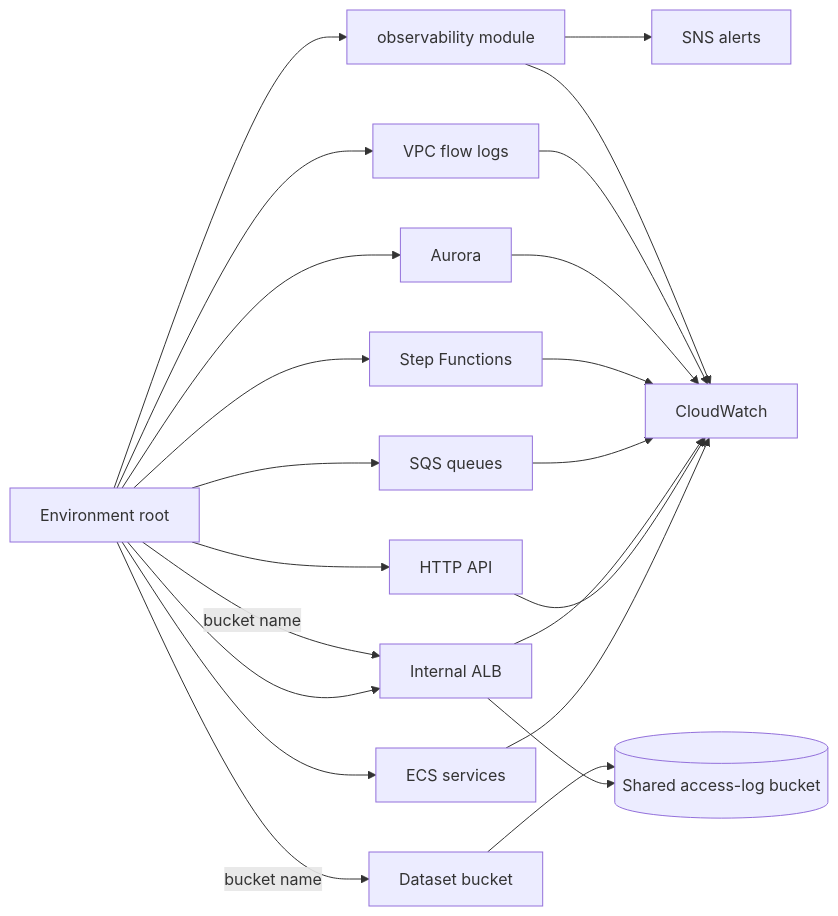
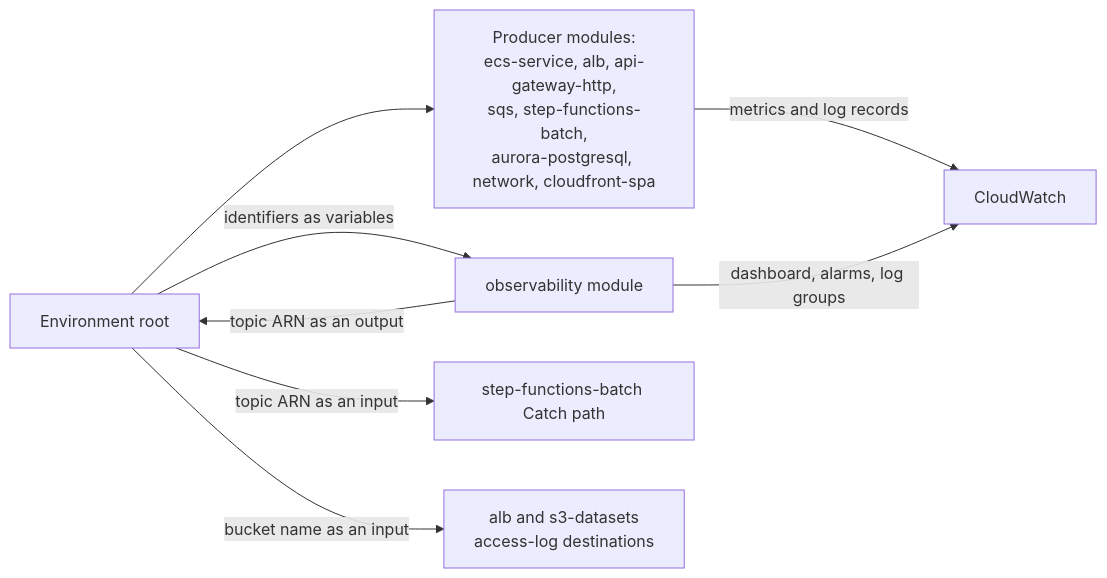
The diagram in infra/modules/observability/README.md (Blitzy-LocalStack/aws-mainframe-modernization-carddemo), drawn with Mermaid before and after one commit. The commit also changed other lines of this file and 82 other files, not shown here.

````diff
--- a/infra/modules/observability/README.md
+++ b/infra/modules/observability/README.md
@@ -53,25 +462,10 @@
 ```mermaid
 graph LR
-    ROOT[Environment root] --> OBS[observability module]
-    ROOT --> ECS[ECS services]
-    ROOT --> API[HTTP API]
-    ROOT --> ALB[Internal ALB]
-    ROOT --> SQS[SQS queues]
-    ROOT --> SF[Step Functions]
-    ROOT --> DB[Aurora]
-    ROOT --> NET[VPC flow logs]
-
-    ECS --> CW[CloudWatch]
-    API --> CW
-    ALB --> CW
-    SQS --> CW
-    SF --> CW
-    DB --> CW
-    NET --> CW
-    OBS --> CW
-    OBS --> TOPIC[SNS alerts]
-    ALB --> LOGS[(Shared access-log bucket)]
-    ROOT -->|bucket name| ALB
-    ROOT -->|bucket name| DATASET[Dataset bucket]
-    DATASET --> LOGS
+    ROOT[Environment root] -->|identifiers as variables| OBS[observability module]
+    ROOT --> PROD[Producer modules:<br/>ecs-service, alb, api-gateway-http,<br/>sqs, step-functions-batch,<br/>aurora-postgresql, network, cloudfront-spa]
+    PROD -->|metrics and log records| CW[CloudWatch]
+    OBS -->|dashboard, alarms, log groups| CW
+    OBS -->|topic ARN as an output| ROOT
+    ROOT -->|topic ARN as an input| SFN[step-functions-batch Catch path]
+    ROOT -->|bucket name as an input| DEST[alb and s3-datasets<br/>access-log destinations]
 ```
````
